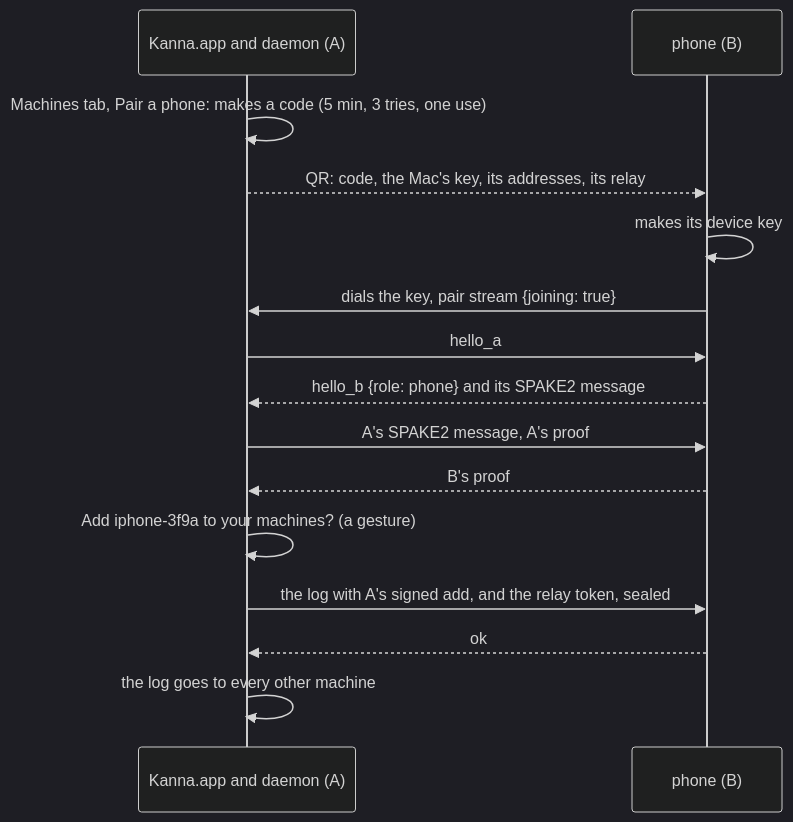
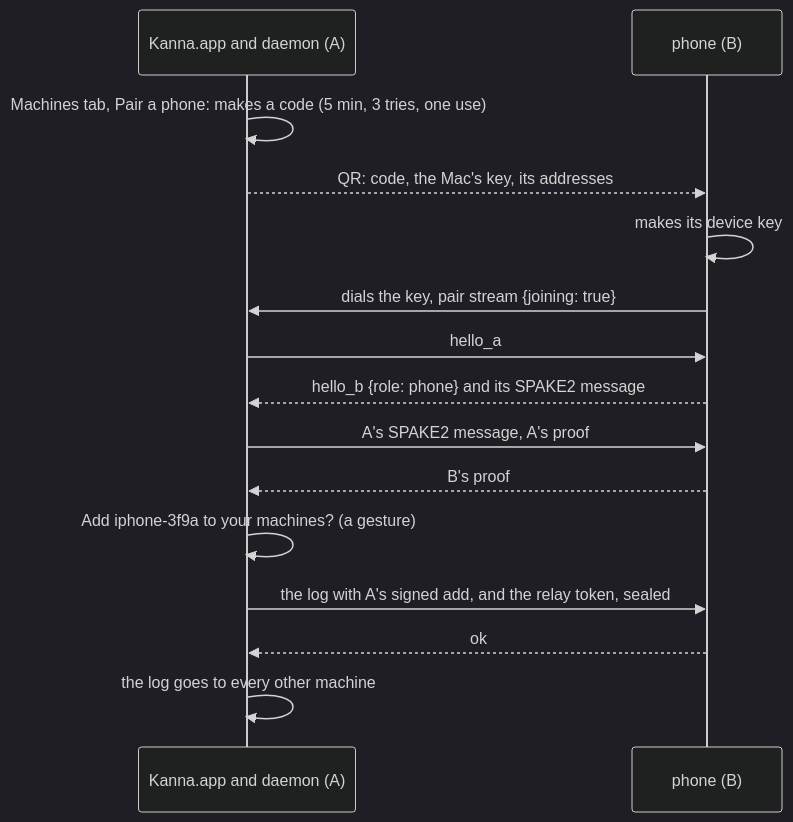
The first of 2 diagrams in docs/specs/mobile-link.md (tampopogk/kanna), drawn with Mermaid (dark theme) before and after one commit. The commit also changed other lines of this file and 9 other files, not shown here.

````diff
--- a/docs/specs/mobile-link.md
+++ b/docs/specs/mobile-link.md
@@ -39,17 +39,17 @@
 ```mermaid
 sequenceDiagram
     participant M as Kanna.app and daemon (A)
     participant P as phone (B)
     M->>M: Machines tab, Pair a phone: makes a code (5 min, 3 tries, one use)
-    M-->>P: QR: code, the Mac's key, its addresses, its relay
+    M-->>P: QR: code, the Mac's key, its addresses
     P->>P: makes its device key
     P->>M: dials the key, pair stream {joining: true}
     M->>P: hello_a
     P-->>M: hello_b {role: phone} and its SPAKE2 message
     M->>P: A's SPAKE2 message, A's proof
     P-->>M: B's proof
     M->>M: Add iphone-3f9a to your machines? (a gesture)
     M->>P: the log with A's signed add, and the relay token, sealed
     P-->>M: ok
     M->>M: the log goes to every other machine
 ```
````
